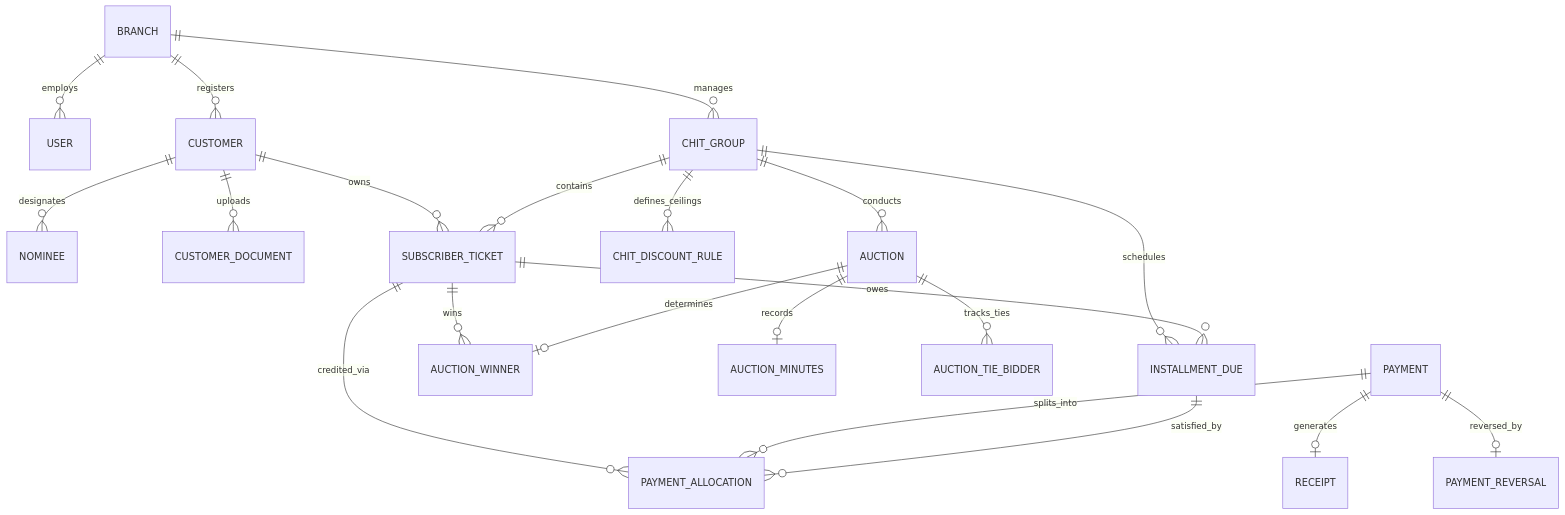
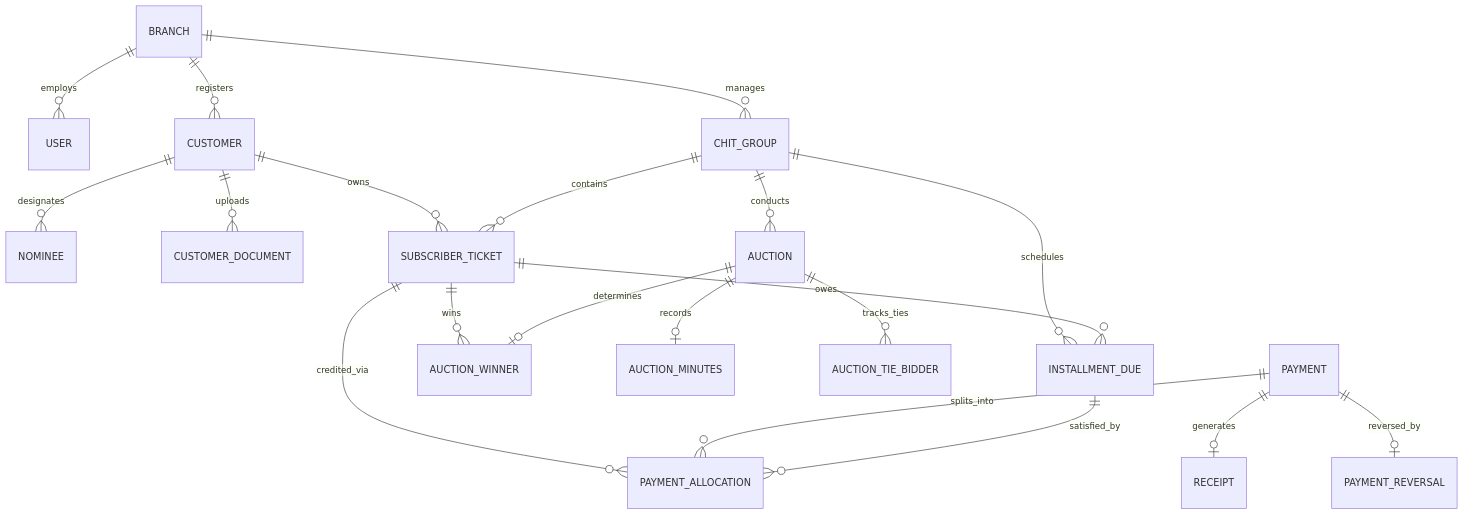
One commit to Kathir-24/Kumaran-finance changed the diagram in docs/03-architecture/data-model.md. Above: the diagram before and after it, drawn with Mermaid. The commit also changed other lines of this file and 16 other files, not shown here.

Commit message:
docs: align architectural rules across all specs with ADR-06 (fixed 1/4 ceiling), ADR-07 (single payment), and ADR-15 (safety proof)

````diff
--- a/docs/03-architecture/data-model.md
+++ b/docs/03-architecture/data-model.md
@@ -17,29 +18,28 @@
 ```mermaid
 erDiagram
     BRANCH ||--o{ USER : employs
     BRANCH ||--o{ CHIT_GROUP : manages
     BRANCH ||--o{ CUSTOMER : registers
 
     CUSTOMER ||--o{ NOMINEE : designates
     CUSTOMER ||--o{ CUSTOMER_DOCUMENT : uploads
     CUSTOMER ||--o{ SUBSCRIBER_TICKET : owns
 
-    CHIT_GROUP ||--o{ CHIT_DISCOUNT_RULE : defines_ceilings
     CHIT_GROUP ||--o{ SUBSCRIBER_TICKET : contains
     CHIT_GROUP ||--o{ AUCTION : conducts
     CHIT_GROUP ||--o{ INSTALLMENT_DUE : schedules
 
     SUBSCRIBER_TICKET ||--o{ INSTALLMENT_DUE : owes
     SUBSCRIBER_TICKET ||--o{ PAYMENT_ALLOCATION : credited_via
     SUBSCRIBER_TICKET ||--o{ AUCTION_WINNER : wins
 
     AUCTION ||--o| AUCTION_WINNER : determines
     AUCTION ||--o| AUCTION_MINUTES : records
     AUCTION ||--o{ AUCTION_TIE_BIDDER : tracks_ties
 
     PAYMENT ||--o{ PAYMENT_ALLOCATION : splits_into
     PAYMENT ||--o| RECEIPT : generates
     PAYMENT ||--o| PAYMENT_REVERSAL : reversed_by
 
     INSTALLMENT_DUE ||--o{ PAYMENT_ALLOCATION : satisfied_by
 ```
````
